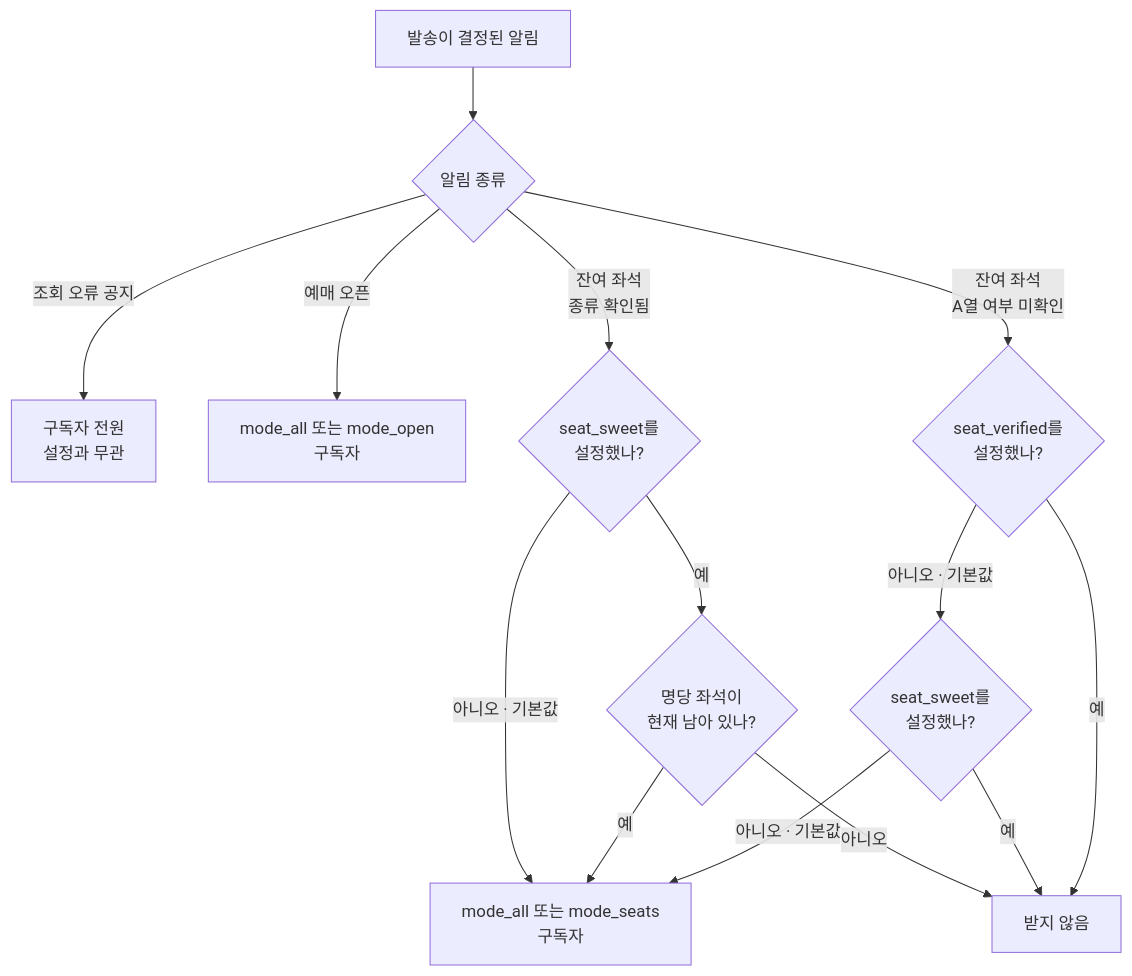
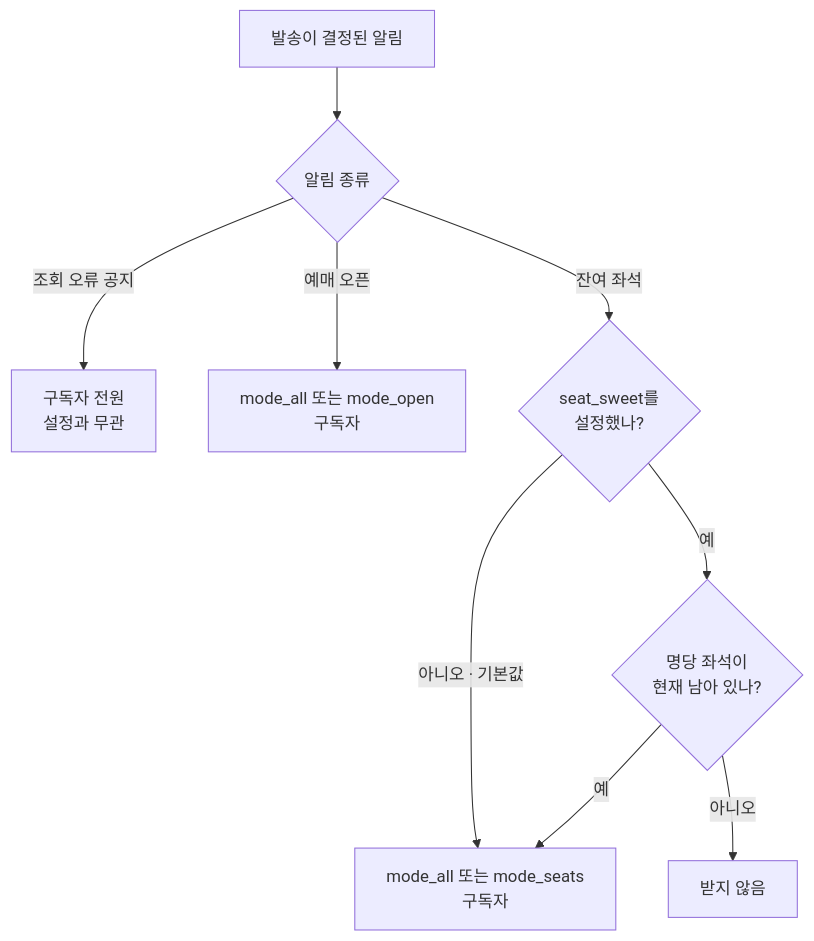
Before and after one commit to yuemyname/yongam-bot: the fourth of 5 diagrams in docs/alert-flow.md, drawn with Mermaid. The commit also changed other lines of this file and 4 other files, not shown here.

````diff
--- a/docs/alert-flow.md
+++ b/docs/alert-flow.md
@@ -89,16 +89,11 @@
 ```mermaid
 flowchart TD
     A[발송이 결정된 알림] --> B{알림 종류}
     B -->|조회 오류 공지| Z["구독자 전원<br/>설정과 무관"]
     B -->|예매 오픈| C["mode_all 또는 mode_open<br/>구독자"]
-    B -->|잔여 좌석<br/>종류 확인됨| D{"seat_sweet를<br/>설정했나?"}
+    B -->|잔여 좌석| D{"seat_sweet를<br/>설정했나?"}
     D -->|아니오 · 기본값| G["mode_all 또는 mode_seats<br/>구독자"]
     D -->|예| H{"명당 좌석이<br/>현재 남아 있나?"}
     H -->|예| G
-    H -->|아니오| F
-    B -->|잔여 좌석<br/>A열 여부 미확인| E{"seat_verified를<br/>설정했나?"}
-    E -->|아니오 · 기본값| I{"seat_sweet를<br/>설정했나?"}
-    I -->|아니오 · 기본값| G
-    I -->|예| F
-    E -->|예| F[받지 않음]
+    H -->|아니오| F[받지 않음]
 ```
````
